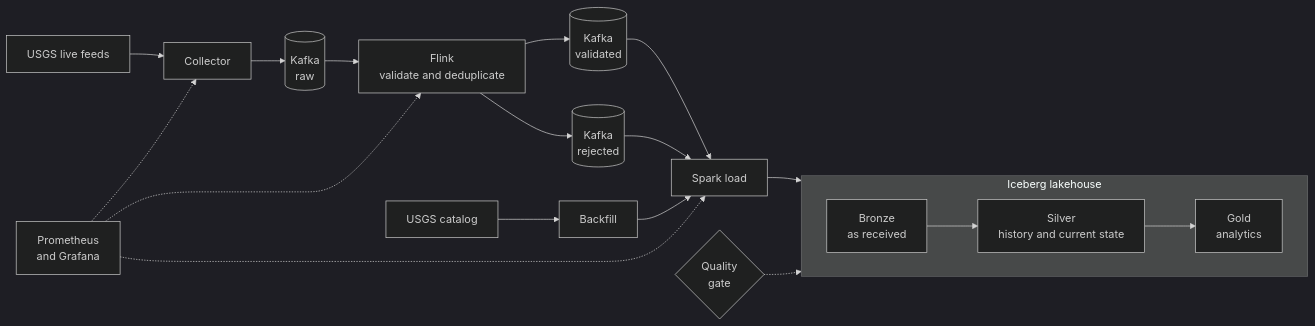
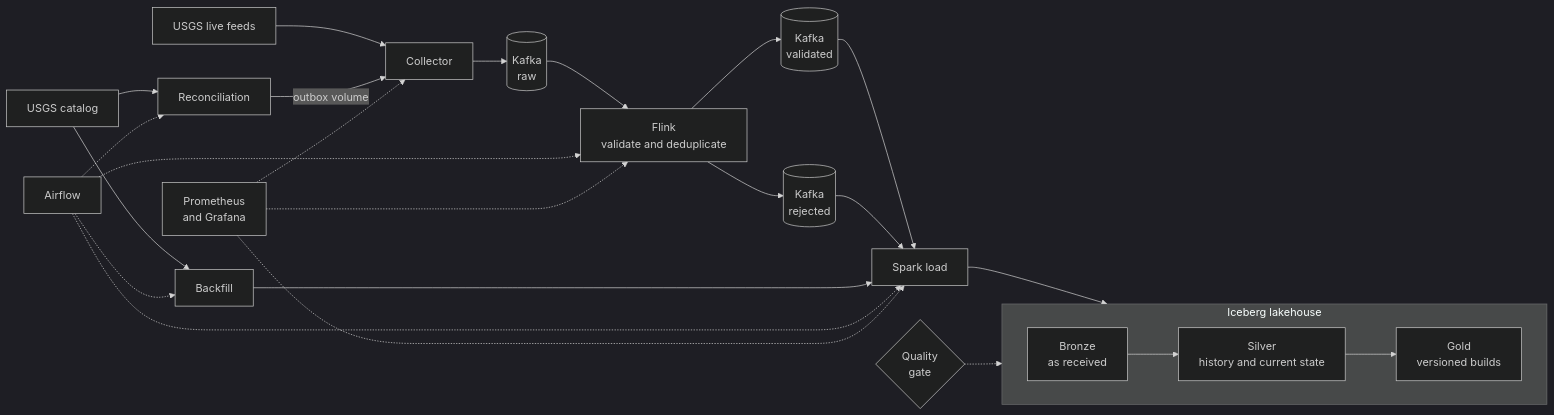
The diagram in README.md (viditpawar/QuakeFlow), drawn with Mermaid (dark theme) before and after one commit. The commit also changed other lines of this file and 12 other files, not shown here.

````diff
--- a/README.md
+++ b/README.md
@@ -49,20 +49,25 @@
 ```mermaid
 flowchart LR
     LIVE["USGS live feeds"] --> COL["Collector"]
     COL --> RAW[("Kafka<br/>raw")]
     RAW --> FLINK["Flink<br/>validate and deduplicate"]
     FLINK --> VAL[("Kafka<br/>validated")]
     FLINK --> DLQ[("Kafka<br/>rejected")]
     VAL --> SPARK["Spark load"]
     DLQ --> SPARK
     CAT["USGS catalog"] --> BF["Backfill"] --> SPARK
+    CAT --> REC["Reconciliation"] -- "outbox volume" --> COL
     SPARK --> BRONZE
     subgraph LAKE ["Iceberg lakehouse"]
         direction LR
-        BRONZE["Bronze<br/>as received"] --> SILVER["Silver<br/>history and current state"] --> GOLD["Gold<br/>analytics"]
+        BRONZE["Bronze<br/>as received"] --> SILVER["Silver<br/>history and current state"] --> GOLD["Gold<br/>versioned builds"]
     end
     GATE{"Quality<br/>gate"} -.-> GOLD
+    AIR["Airflow"] -.-> SPARK
+    AIR -.-> BF
+    AIR -.-> REC
+    AIR -.-> FLINK
     MON["Prometheus<br/>and Grafana"] -.-> COL
     MON -.-> FLINK
     MON -.-> SPARK
 ```
````
